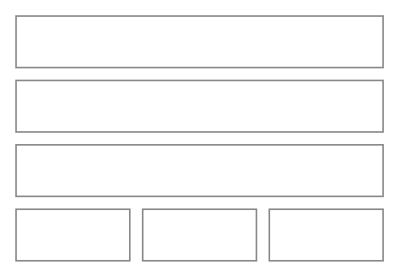
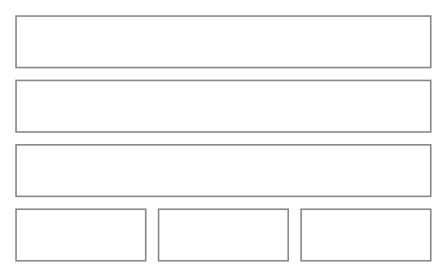
One commit to NovaMoonX/moondreams-dev-apps changed diagram 14 of 24 in src/apps/a-list/UX.md. Above: the diagram before and after it, drawn with Mermaid. The commit also changed other lines of this file and 26 other files, not shown here.

First line of the commit message:
A-List: half stars, Friday-to-Friday week, premium savings explainer (#244)

````diff
--- a/src/apps/a-list/UX.md
+++ b/src/apps/a-list/UX.md
@@ -435,17 +435,17 @@
 ```mermaid
 %%{init: {'theme': 'base', 'themeVariables': {'primaryColor': 'transparent', 'primaryBorderColor': '#888888', 'primaryTextColor': '#333333', 'lineColor': '#888888'}}}%%
 block-beta
   columns 3
   Q["🎬 Did you catch it?"]:3
   M["🖼️ Movie Title · Fri, 7:10 PM"]:3
-  Stars["☆ ☆ ☆ ☆ ☆ · optional"]:3
+  Stars["☆ ☆ ☆ ☆ ☆ · half stars, optional"]:3
   Later["Later"]:1
   NoGo["Didn't go"]:1
   Seen["Seen it"]:1
   style Q fill:transparent,stroke:#888888,stroke-width:1px;
   style M fill:transparent,stroke:#888888,stroke-width:1px;
   style Stars fill:transparent,stroke:#888888,stroke-width:1px;
   style Later fill:transparent,stroke:#888888,stroke-width:1px;
   style NoGo fill:transparent,stroke:#888888,stroke-width:1px;
   style Seen fill:transparent,stroke:#888888,stroke-width:1px;
 ```
````
